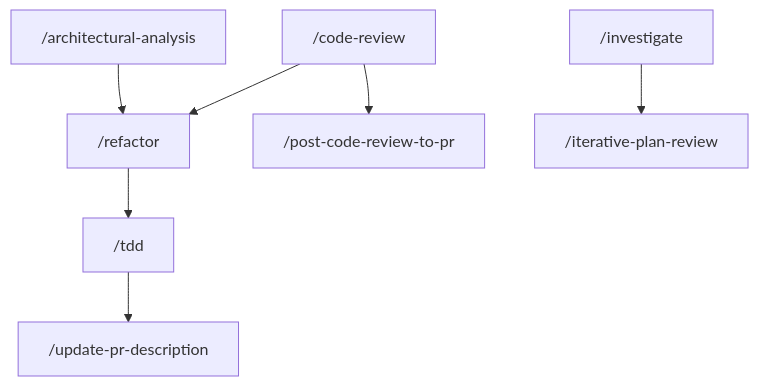
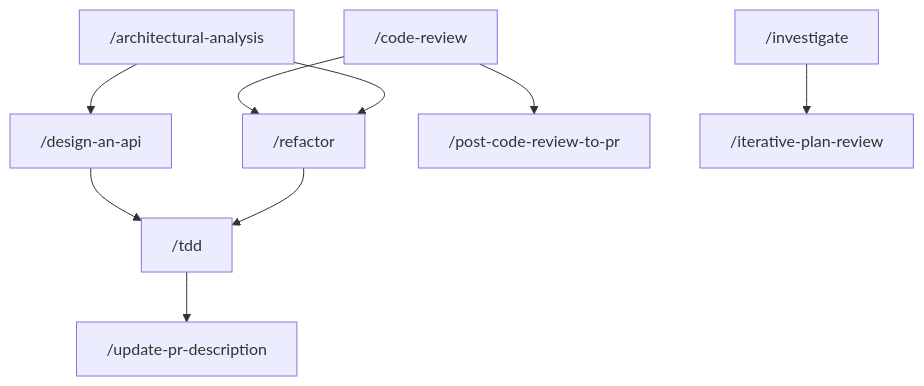
One commit to testdouble/han changed the third of 5 diagrams in docs/workflows.md. Above: the diagram before and after it, drawn with Mermaid. The commit also changed other lines of this file and 5 other files, not shown here.

First line of the commit message:
docs(han-coding): document design-an-api and apply the guidance review fixes

````diff
--- a/docs/workflows.md
+++ b/docs/workflows.md
@@ -79,9 +79,11 @@
 ```mermaid
 flowchart TD
     review["/code-review"] --> refactor["/refactor"]
     arch["/architectural-analysis"] --> refactor
+    arch --> design["/design-an-api"]
+    design --> tdd["/tdd"]
     review --> pr["/post-code-review-to-pr"]
-    refactor --> tdd["/tdd"]
+    refactor --> tdd
     tdd --> prdesc["/update-pr-description"]
     investigate["/investigate"] --> iterate["/iterative-plan-review"]
 ```
````
